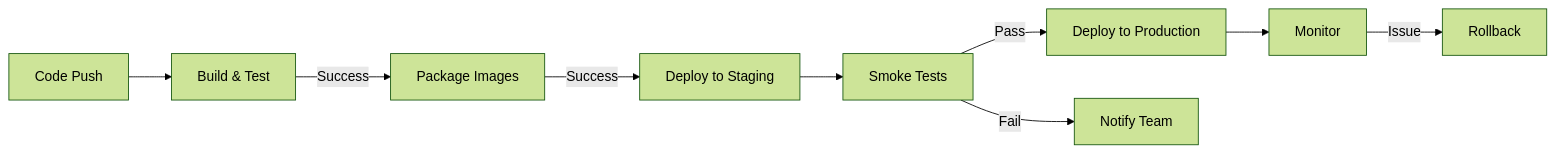
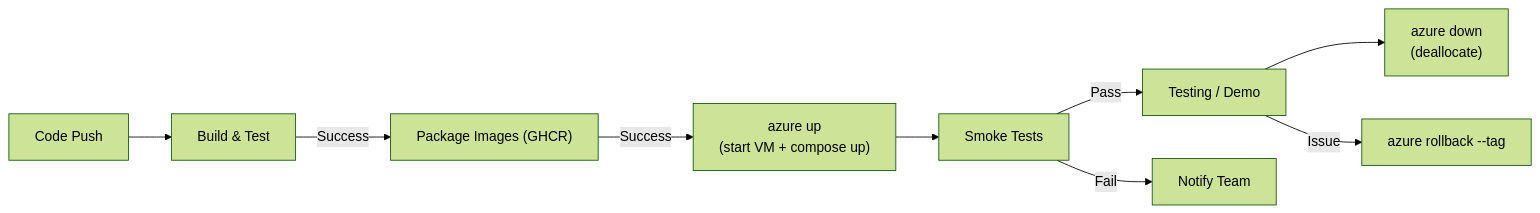
One commit to dut-pbl6-2026/job-platform-docs changed the fifth of 5 diagrams in docs/srs/en/9-infra-cost-analysis.md. Above: the diagram before and after it, drawn with Mermaid (forest theme). The commit also changed other lines of this file and 20 other files, not shown here.

First line of the commit message:
docs(srs): sync Azure deploy target, health/logging, RBAC, CI (PBL6-44/49/50/51) (#9)

````diff
--- a/docs/srs/en/9-infra-cost-analysis.md
+++ b/docs/srs/en/9-infra-cost-analysis.md
@@ -257,11 +268,11 @@
 ```mermaid
 flowchart LR
     Push["Code Push"] --> Build["Build & Test"]
-    Build -->|Success| Package["Package Images"]
-    Package -->|Success| DeployStaging["Deploy to Staging"]
-    DeployStaging --> Smoke["Smoke Tests"]
-    Smoke -->|Pass| DeployProd["Deploy to Production"]
+    Build -->|Success| Package["Package Images (GHCR)"]
+    Package -->|Success| DeployVM["azure up<br/>(start VM + compose up)"]
+    DeployVM --> Smoke["Smoke Tests"]
+    Smoke -->|Pass| Test["Testing / Demo"]
     Smoke -->|Fail| Notify["Notify Team"]
-    DeployProd --> Monitor["Monitor"]
-    Monitor -->|Issue| Rollback["Rollback"]
+    Test --> Down["azure down<br/>(deallocate)"]
+    Test -->|Issue| Rollback["azure rollback --tag"]
 ```
````
